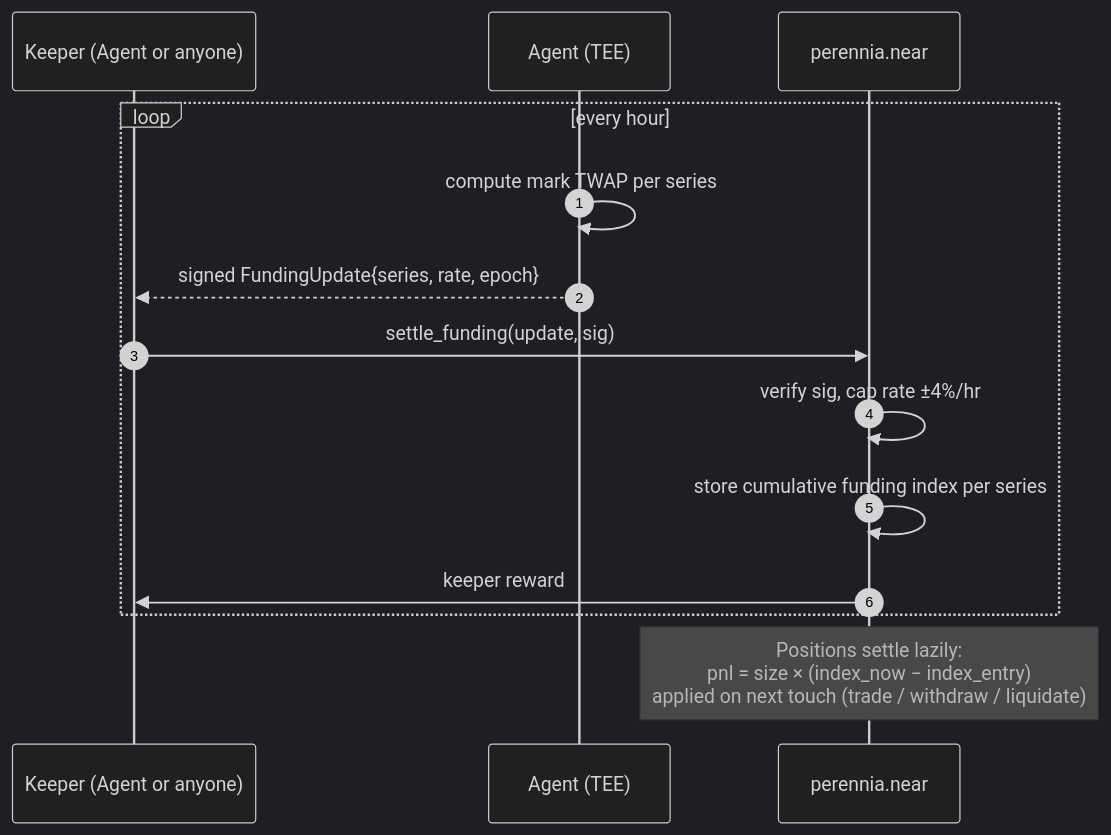
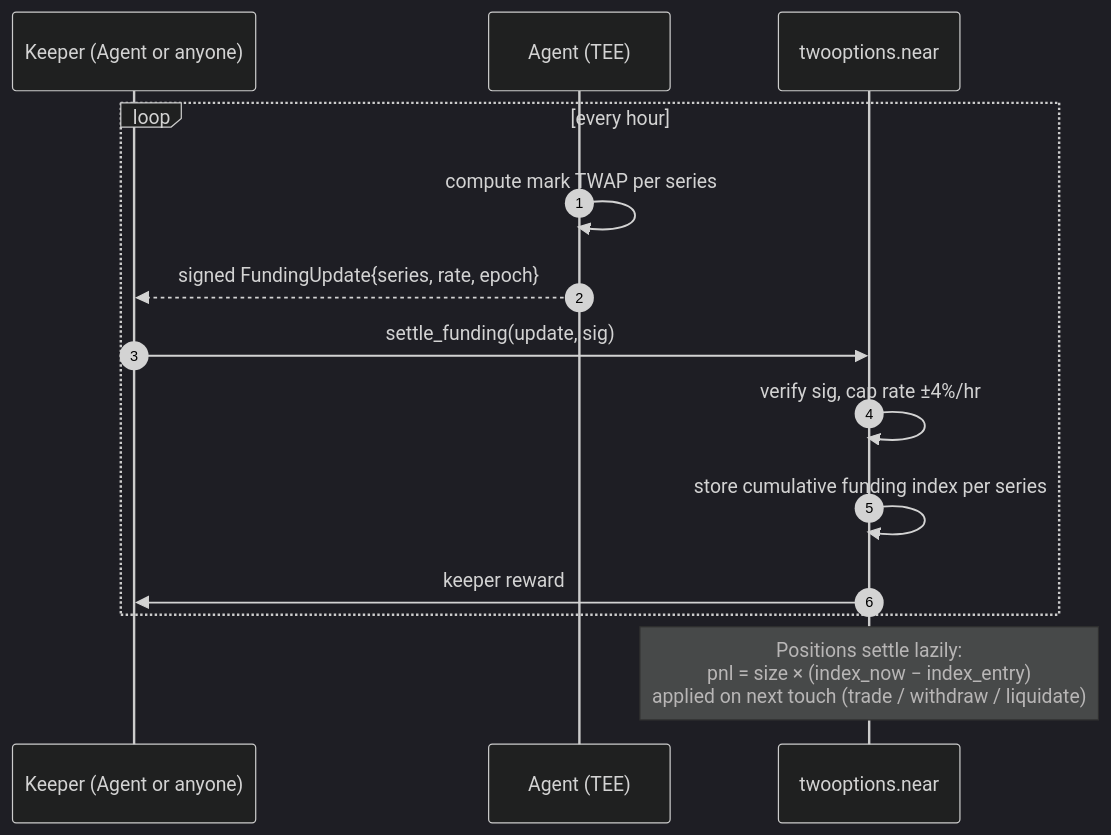
The sixth of 12 diagrams in NEAR_HACKATHON_PLAN.md (Aditya-dom/2options), drawn with Mermaid (dark theme) before and after one commit. The commit also changed other lines of this file and 82 other files, not shown here.

````diff
--- a/NEAR_HACKATHON_PLAN.md
+++ b/NEAR_HACKATHON_PLAN.md
@@ -245,17 +245,17 @@
 ```mermaid
 sequenceDiagram
     autonumber
     participant K as Keeper (Agent or anyone)
     participant AG as Agent (TEE)
-    participant P as perennia.near
+    participant P as twooptions.near
 
     loop every hour
         AG->>AG: compute mark TWAP per series
         AG-->>K: signed FundingUpdate{series, rate, epoch}
         K->>P: settle_funding(update, sig)
         P->>P: verify sig, cap rate ±4%/hr
         P->>P: store cumulative funding index per series
         P->>K: keeper reward
     end
     Note over P: Positions settle lazily:<br/>pnl = size × (index_now − index_entry)<br/>applied on next touch (trade / withdraw / liquidate)
 ```
````
